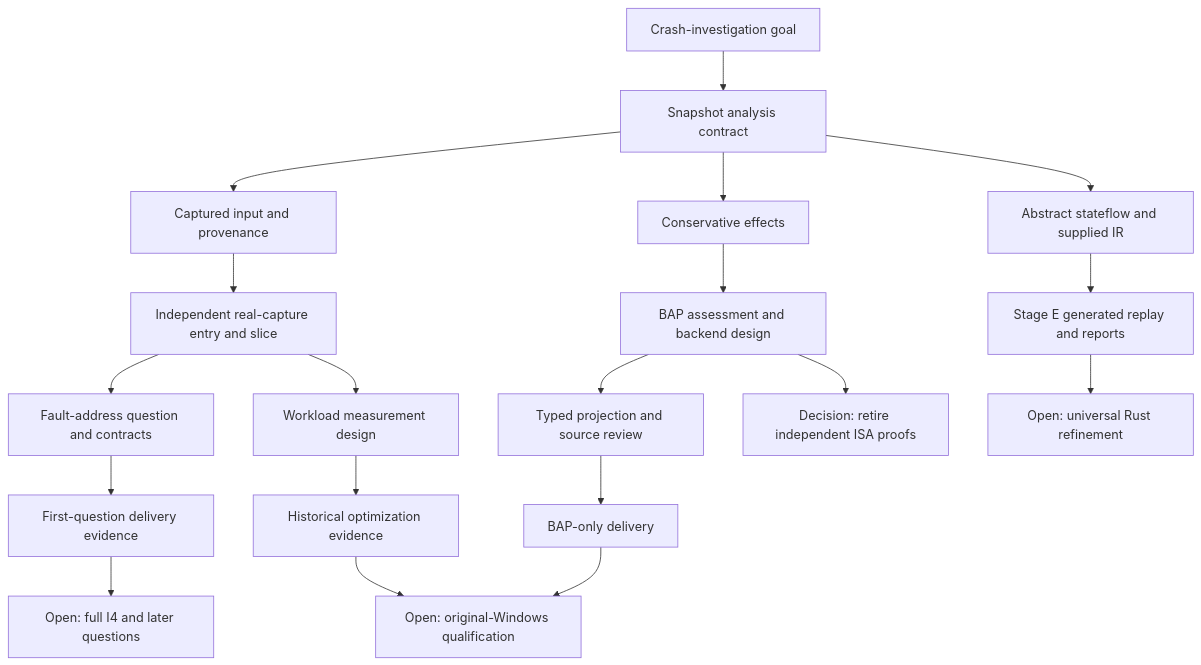
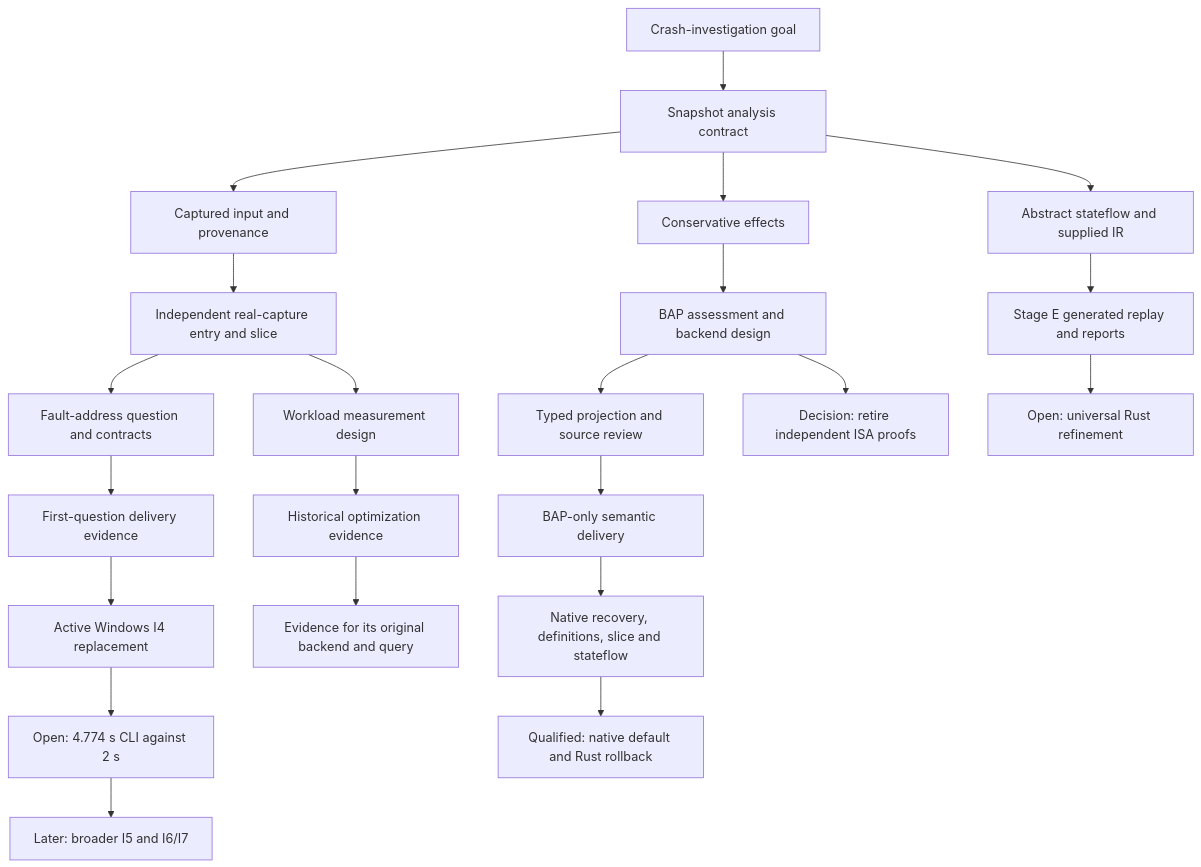
The diagram in docs/documentation-map.md (NzSN/Ariadne), drawn with Mermaid before and after one commit. The commit also changed other lines of this file and 108 other files, not shown here.

First line of the commit message:
Qualify native I5a and re-pin the Windows I4 workload

````diff
--- a/docs/documentation-map.md
+++ b/docs/documentation-map.md
@@ -35,21 +35,24 @@
 ```mermaid
 flowchart TD
     Goal[Crash-investigation goal] --> Core[Snapshot analysis contract]
     Core --> Input[Captured input and provenance]
     Core --> Effects[Conservative effects]
     Effects --> BAP[BAP assessment and backend design]
     BAP --> Projection[Typed projection and source review]
-    Projection --> Delivery[BAP-only delivery]
-    Delivery --> Windows[Open: original-Windows qualification]
+    Projection --> Delivery[BAP-only semantic delivery]
+    Delivery --> Native[Native recovery, definitions, slice and stateflow]
+    Native --> Windows[Qualified: native default and Rust rollback]
     Input --> Capture[Independent real-capture entry and slice]
     Capture --> Explain[Fault-address question and contracts]
     Explain --> Evidence[First-question delivery evidence]
-    Evidence --> Later[Open: full I4 and later questions]
+    Evidence --> Repin[Active Windows I4 replacement]
+    Repin --> Budget[Open: 4.774 s CLI against 2 s]
+    Budget --> Later[Later: broader I5 and I6/I7]
     Core --> State[Abstract stateflow and supplied IR]
     State --> Replay[Stage E generated replay and reports]
     Replay --> Proof[Open: universal Rust refinement]
     Capture --> Measure[Workload measurement design]
     Measure --> Perf[Historical optimization evidence]
-    Perf --> Windows
+    Perf --> Historical[Evidence for its original backend and query]
     BAP --> Scope[Decision: retire independent ISA proofs]
 ```
````
